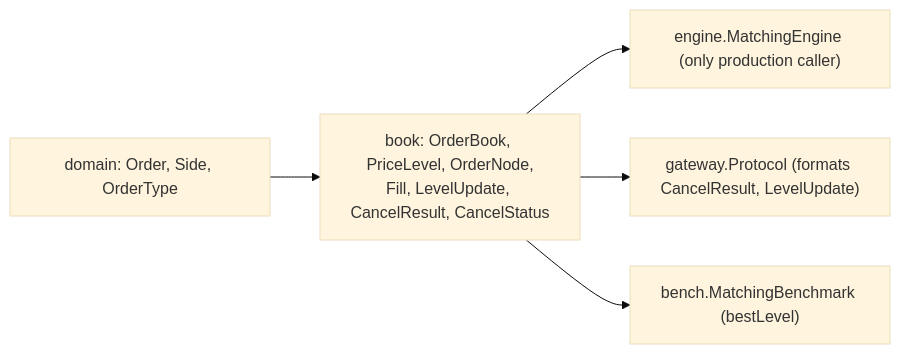
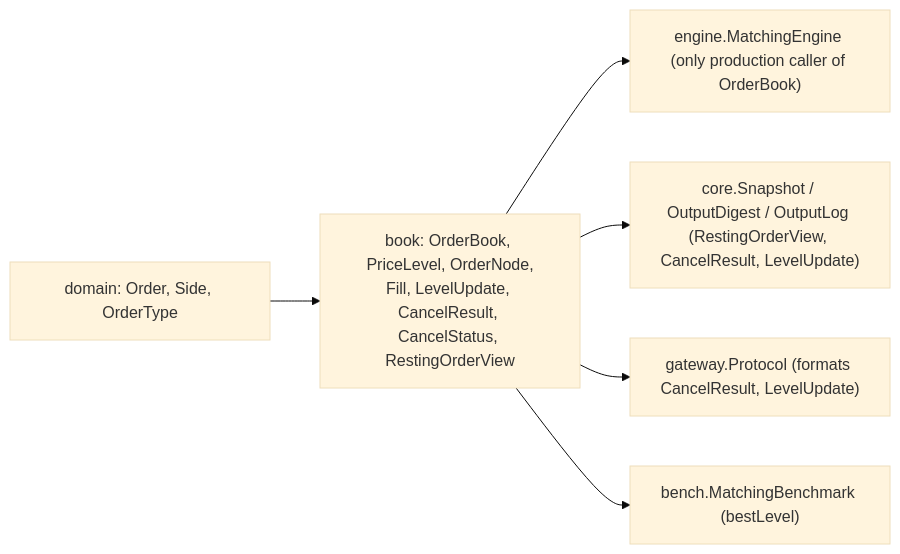
Before and after one commit to SampannaNampalli/ExchangeSystem: the third of 3 diagrams in docs/understanding/07-modules/book.md, drawn with Mermaid (base theme). The commit also changed other lines of this file and 30 other files, not shown here.

````diff
--- a/docs/understanding/07-modules/book.md
+++ b/docs/understanding/07-modules/book.md
@@ -442,8 +526,9 @@
 ```mermaid
 flowchart LR
     domain["domain: Order, Side, OrderType"] --> book
-    book["book: OrderBook, PriceLevel, OrderNode,<br/>Fill, LevelUpdate, CancelResult, CancelStatus"]
-    book --> engine["engine.MatchingEngine (only production caller)"]
+    book["book: OrderBook, PriceLevel, OrderNode,<br/>Fill, LevelUpdate, CancelResult, CancelStatus, RestingOrderView"]
+    book --> engine["engine.MatchingEngine (only production caller of OrderBook)"]
+    book --> core["core.Snapshot / OutputDigest / OutputLog (RestingOrderView, CancelResult, LevelUpdate)"]
     book --> gw["gateway.Protocol (formats CancelResult, LevelUpdate)"]
     book --> bench["bench.MatchingBenchmark (bestLevel)"]
 ```
````
